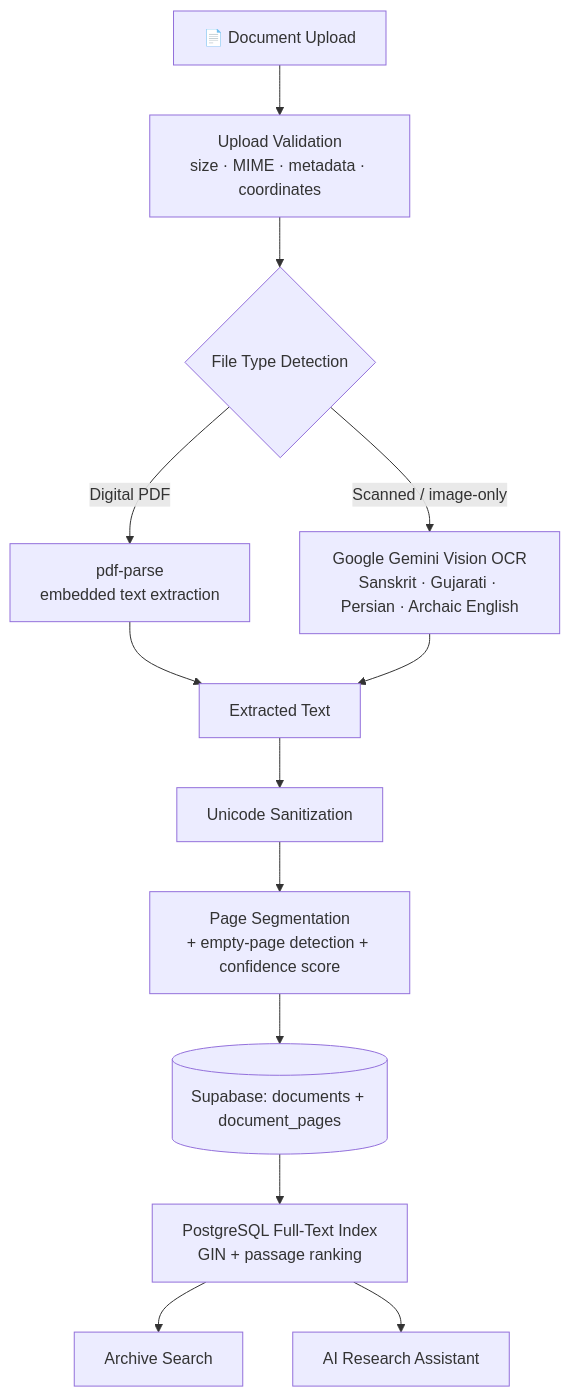
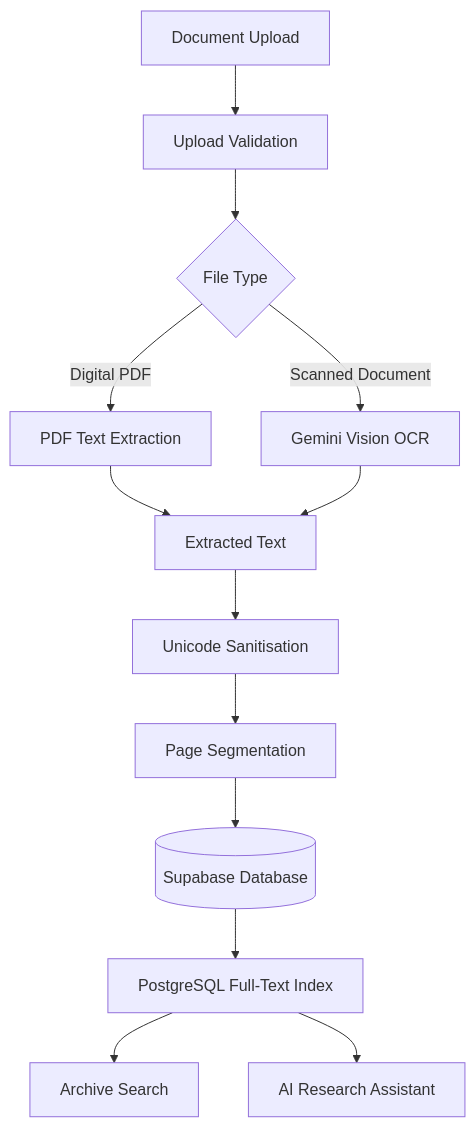
Before and after one commit to bpvankar496-ux/HackIITG: the second of 4 diagrams in README.md, drawn with Mermaid. The commit also changed other lines of this file, not shown here.

Commit message:
Improve README with architecture, API reference and folder structure

````diff
--- a/README.md
+++ b/README.md
@@ -134,15 +143,15 @@
 ```mermaid
 flowchart TD
-    A[📄 Document Upload] --> B[Upload Validation<br/>size · MIME · metadata · coordinates]
-    B --> C{File Type Detection}
-    C -->|Digital PDF| D[pdf-parse<br/>embedded text extraction]
-    C -->|Scanned / image-only| E[Google Gemini Vision OCR<br/>Sanskrit · Gujarati · Persian · Archaic English]
+    A[Document Upload] --> B[Upload Validation]
+    B --> C{File Type}
+    C -->|Digital PDF| D[PDF Text Extraction]
+    C -->|Scanned Document| E[Gemini Vision OCR]
     D --> F[Extracted Text]
     E --> F
-    F --> G[Unicode Sanitization]
-    G --> H[Page Segmentation<br/>+ empty-page detection + confidence score]
-    H --> I[(Supabase: documents + document_pages)]
-    I --> J[PostgreSQL Full-Text Index<br/>GIN + passage ranking]
+    F --> G[Unicode Sanitisation]
+    G --> H[Page Segmentation]
+    H --> I[(Supabase Database)]
+    I --> J[PostgreSQL Full-Text Index]
     J --> K[Archive Search]
     J --> L[AI Research Assistant]
 ```
````
